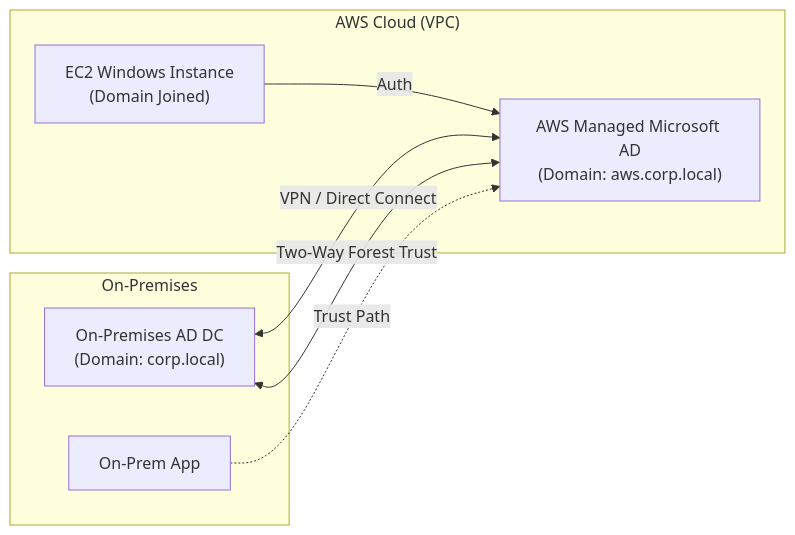
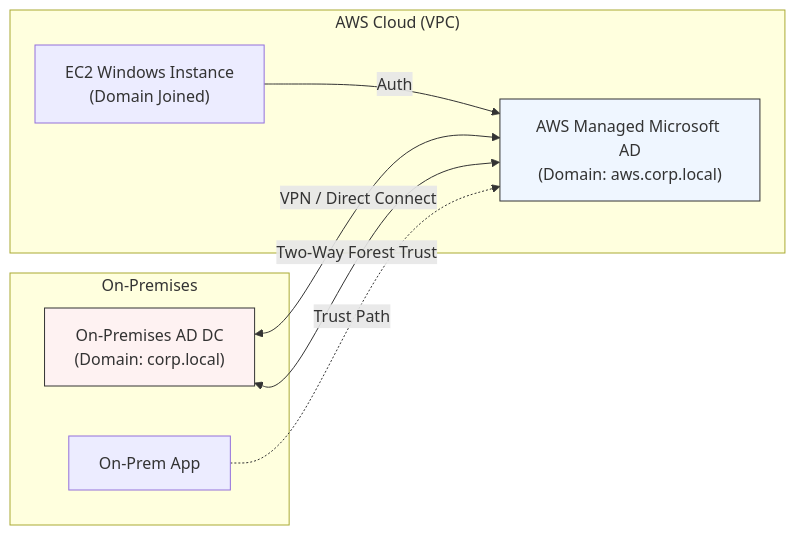
The diagram in domain_4_iam_management/aws_directory_services.md (Root-Shells/aws_scs_udemy), drawn with Mermaid before and after one commit. The commit also changed 7 other files, not shown here.

````diff
--- a/domain_4_iam_management/aws_directory_services.md
+++ b/domain_4_iam_management/aws_directory_services.md
@@ -53,18 +53,21 @@
 ```mermaid
 graph LR
     subgraph "On-Premises"
         OnPremDC["On-Premises AD DC<br>(Domain: corp.local)"]
         OnPremApp["On-Prem App"]
     end
 
     subgraph "AWS Cloud (VPC)"
         ManagedAD["AWS Managed Microsoft AD<br>(Domain: aws.corp.local)"]
         EC2["EC2 Windows Instance<br>(Domain Joined)"]
     end
 
     OnPremDC <-->|VPN / Direct Connect| ManagedAD
     ManagedAD <-->|Two-Way Forest Trust| OnPremDC
     
     EC2 -->|Auth| ManagedAD
     OnPremApp -.->|Trust Path| ManagedAD
+
+    style ManagedAD fill:#eff6ff,stroke:#333
+    style OnPremDC fill:#fef2f2,stroke:#333
 ```
````
